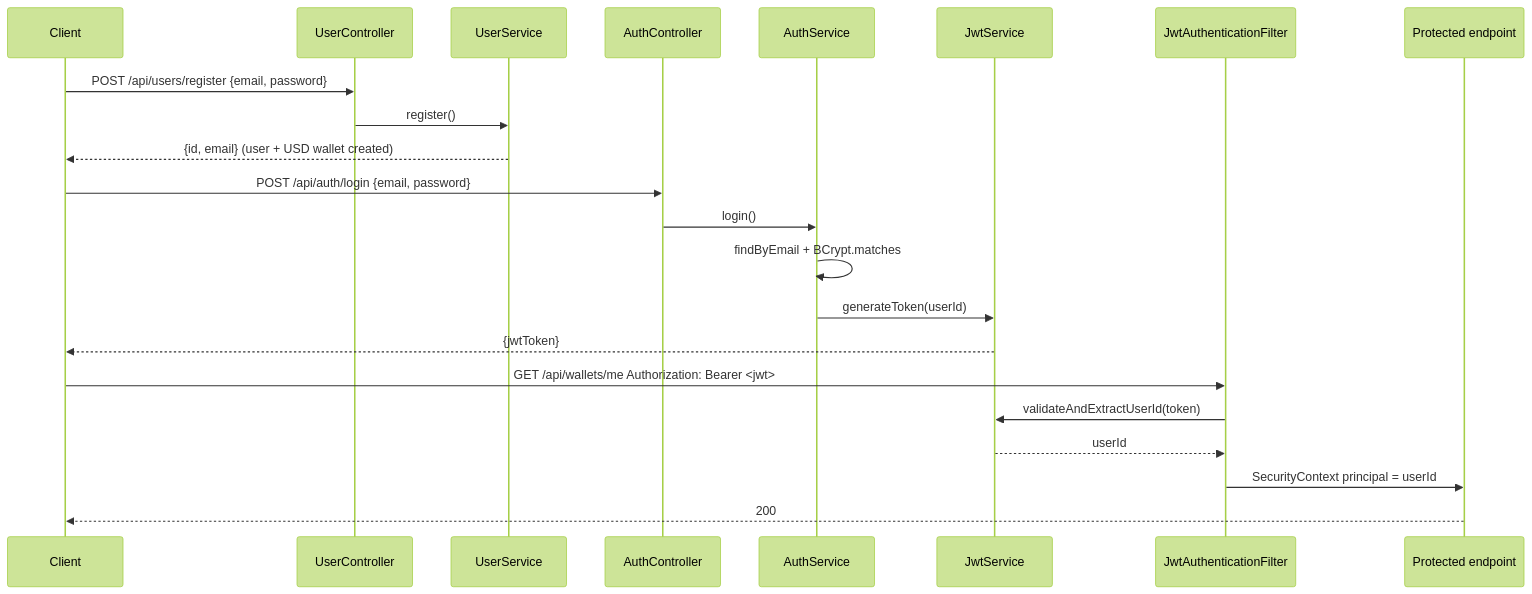
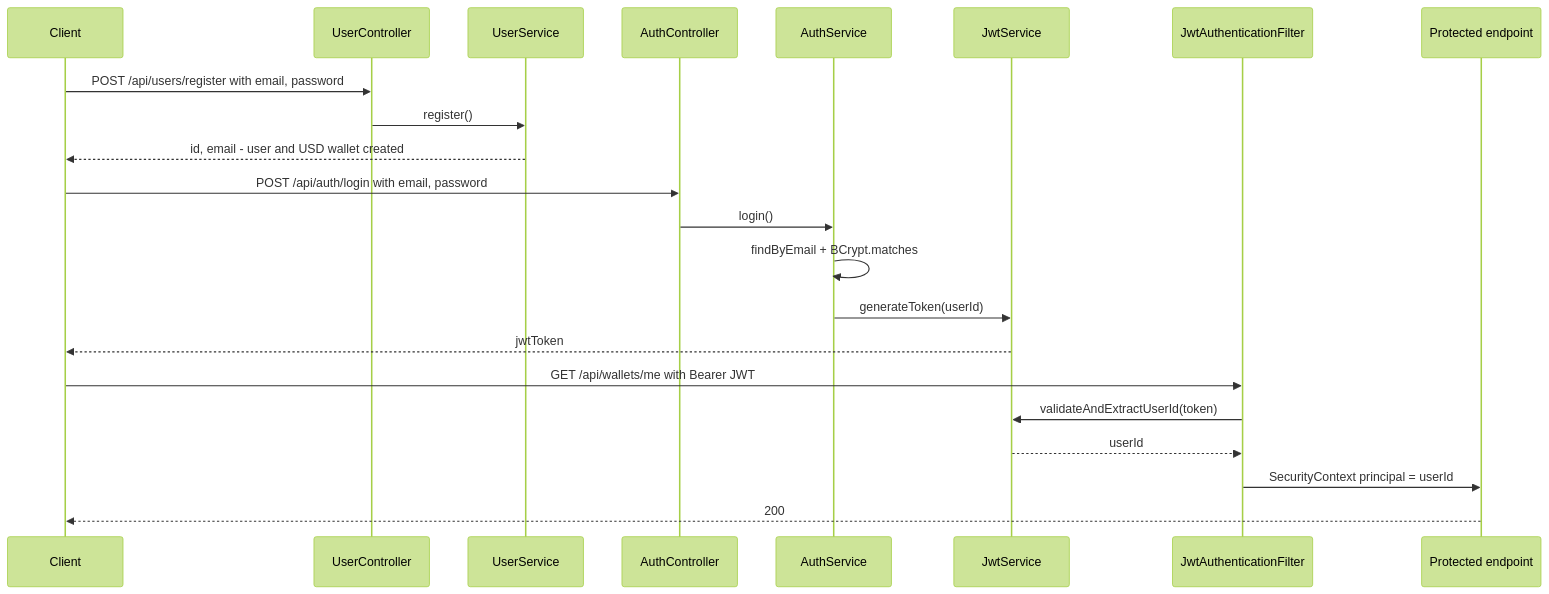
One commit to bachuruchitha/Payflow changed the diagram in docs/04-authentication-and-security.md. Above: the diagram before and after it, drawn with Mermaid (forest theme). The commit also changed other lines of this file and 4 other files, not shown here.

````diff
--- a/docs/04-authentication-and-security.md
+++ b/docs/04-authentication-and-security.md
@@ -16,27 +16,27 @@
 ```mermaid
 sequenceDiagram
     participant C as Client
     participant UC as UserController
     participant US as UserService
     participant AC as AuthController
     participant AS as AuthService
     participant J as JwtService
     participant F as JwtAuthenticationFilter
     participant API as Protected endpoint
 
-    C->>UC: POST /api/users/register {email, password}
+    C->>UC: POST /api/users/register with email, password
     UC->>US: register()
-    US-->>C: {id, email}  (user + USD wallet created)
+    US-->>C: id, email - user and USD wallet created
 
-    C->>AC: POST /api/auth/login {email, password}
+    C->>AC: POST /api/auth/login with email, password
     AC->>AS: login()
     AS->>AS: findByEmail + BCrypt.matches
     AS->>J: generateToken(userId)
-    J-->>C: {jwtToken}
+    J-->>C: jwtToken
 
-    C->>F: GET /api/wallets/me  Authorization: Bearer <jwt>
+    C->>F: GET /api/wallets/me with Bearer JWT
     F->>J: validateAndExtractUserId(token)
     J-->>F: userId
     F->>API: SecurityContext principal = userId
     API-->>C: 200
 ```
````
